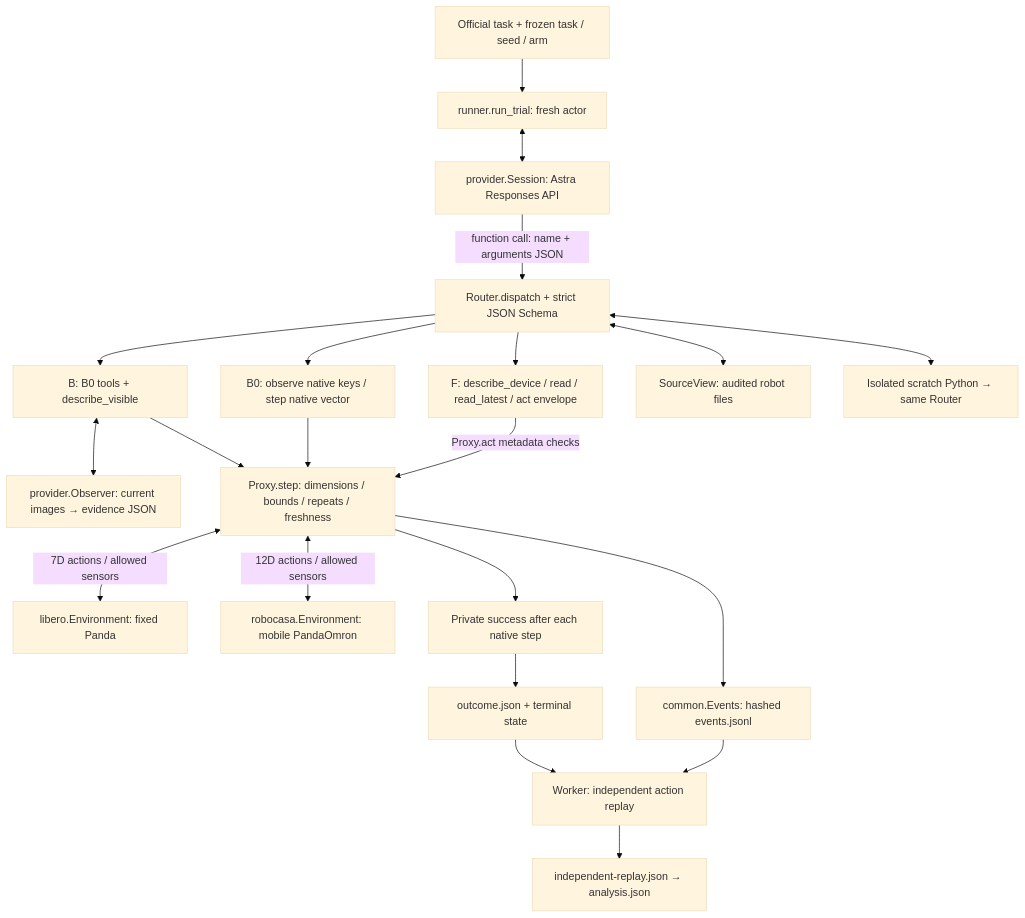
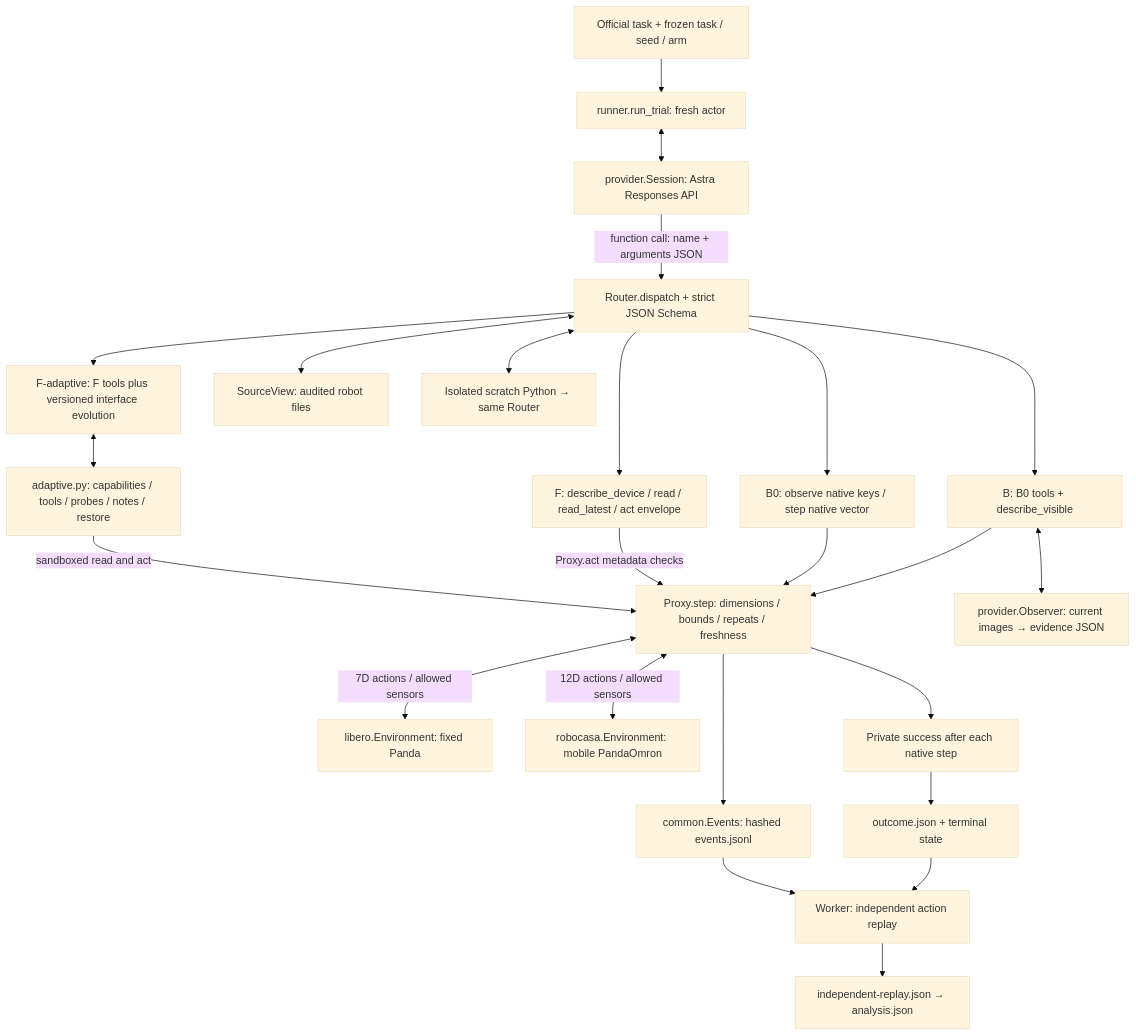
Before and after one commit to GaTech-RL2/EgoVerse: the diagram in experiments/robocasa_hardware_interface/figures/framework.mmd, drawn with Mermaid (base theme). The commit also changed 18 other files, not shown here.

```diff
--- a/experiments/robocasa_hardware_interface/figures/framework.mmd
+++ b/experiments/robocasa_hardware_interface/figures/framework.mmd
@@ -1,21 +1,24 @@
 flowchart TD
   task[Official task + frozen task / seed / arm] --> run[runner.run_trial: fresh actor]
   run <--> session[provider.Session: Astra Responses API]
   session -->|function call: name + arguments JSON| router[Router.dispatch + strict JSON Schema]
   router --> F[F: describe_device / read / read_latest / act envelope]
+  router --> FA[F-adaptive: F tools plus versioned interface evolution]
+  FA <--> evolve[adaptive.py: capabilities / tools / probes / notes / restore]
+  evolve -->|sandboxed read and act| proxy
   router --> B0[B0: observe native keys / step native vector]
   router --> B[B: B0 tools + describe_visible]
   B <--> obs[provider.Observer: current images → evidence JSON]
   router <--> src[SourceView: audited robot files]
   router <--> scratch[Isolated scratch Python → same Router]
   F -->|Proxy.act metadata checks| proxy[Proxy.step: dimensions / bounds / repeats / freshness]
   B0 --> proxy
   B --> proxy
   proxy <-->|7D actions / allowed sensors| lib[libero.Environment: fixed Panda]
   proxy <-->|12D actions / allowed sensors| casa[robocasa.Environment: mobile PandaOmron]
   proxy --> eval[Private success after each native step]
   proxy --> events[common.Events: hashed events.jsonl]
   eval --> outcome[outcome.json + terminal state]
   events --> replay[Worker: independent action replay]
   outcome --> replay
   replay --> analysis[independent-replay.json → analysis.json]
```
